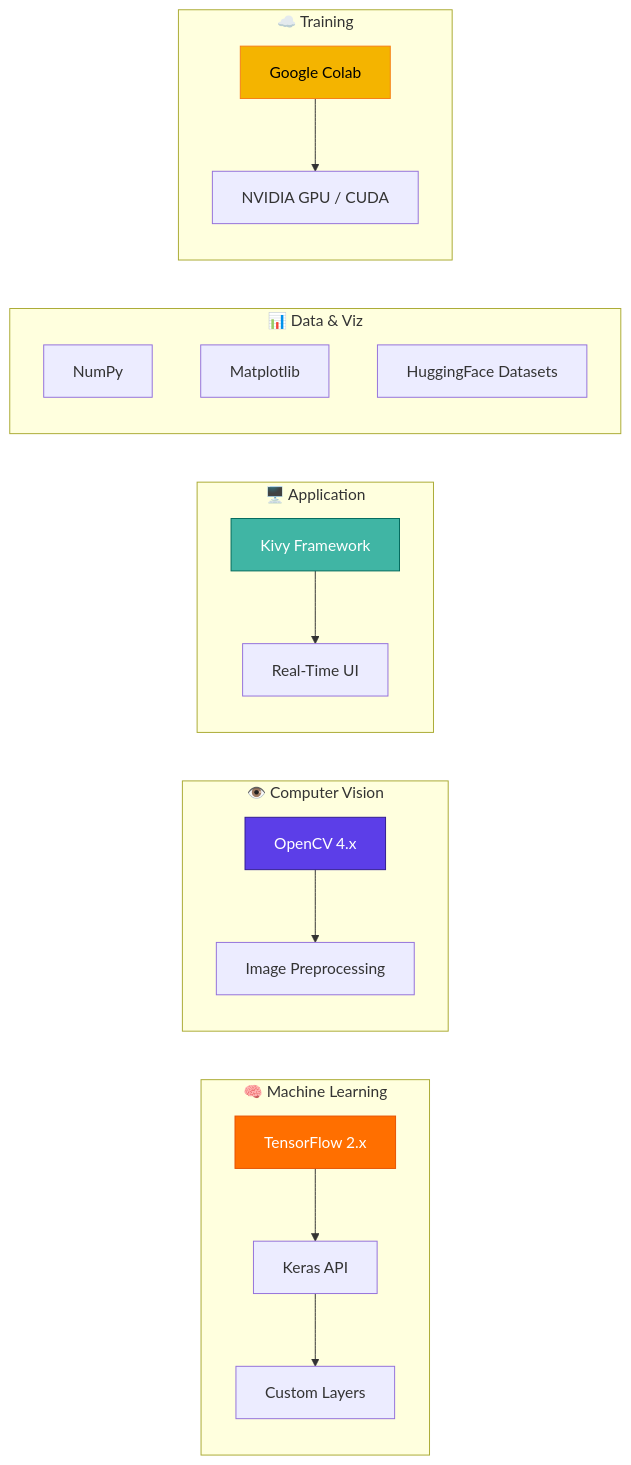
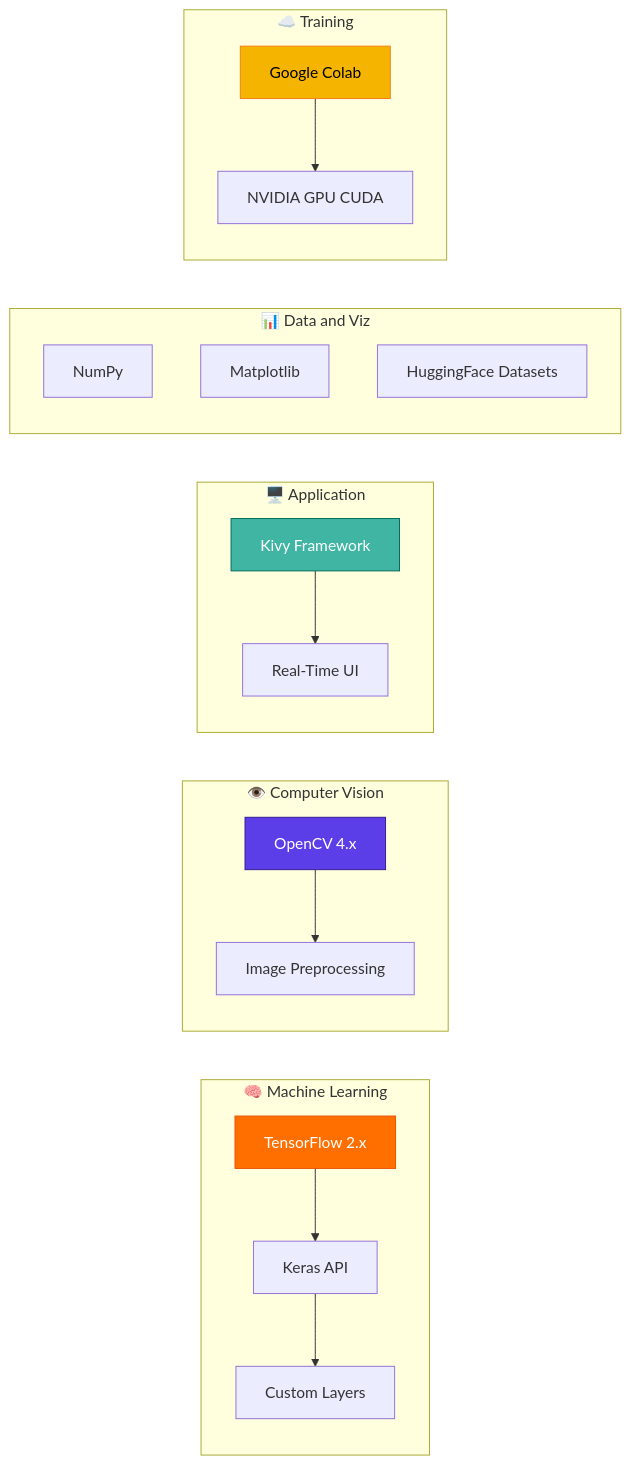
Before and after one commit to Paragiscool/Face_verification_ml_project: diagram 17 of 20 in README.md, drawn with Mermaid. The commit also changed other lines of this file, not shown here.

Commit message:
docs: Refine README with Quick Start, Math Foundations, Troubleshooting, References, state diagrams

````diff
--- a/README.md
+++ b/README.md
@@ -585,39 +765,39 @@
 ```mermaid
 graph LR
     subgraph "🧠 Machine Learning"
         A[TensorFlow 2.x]
         B[Keras API]
         C[Custom Layers]
     end
     
     subgraph "👁️ Computer Vision"
         D[OpenCV 4.x]
         E[Image Preprocessing]
     end
     
     subgraph "🖥️ Application"
         F[Kivy Framework]
         G[Real-Time UI]
     end
     
-    subgraph "📊 Data & Viz"
+    subgraph "📊 Data and Viz"
         H[NumPy]
         I[Matplotlib]
         J[HuggingFace Datasets]
     end
     
     subgraph "☁️ Training"
         K[Google Colab]
-        L[NVIDIA GPU / CUDA]
+        L[NVIDIA GPU CUDA]
     end
 
     A --> B --> C
     D --> E
     F --> G
     K --> L
 
     style A fill:#FF6F00,stroke:#E65100,color:#fff
     style D fill:#5C3EE8,stroke:#311B92,color:#fff
     style F fill:#40B5A4,stroke:#00695C,color:#fff
     style K fill:#F4B400,stroke:#F57F17,color:#000
 ```
````
